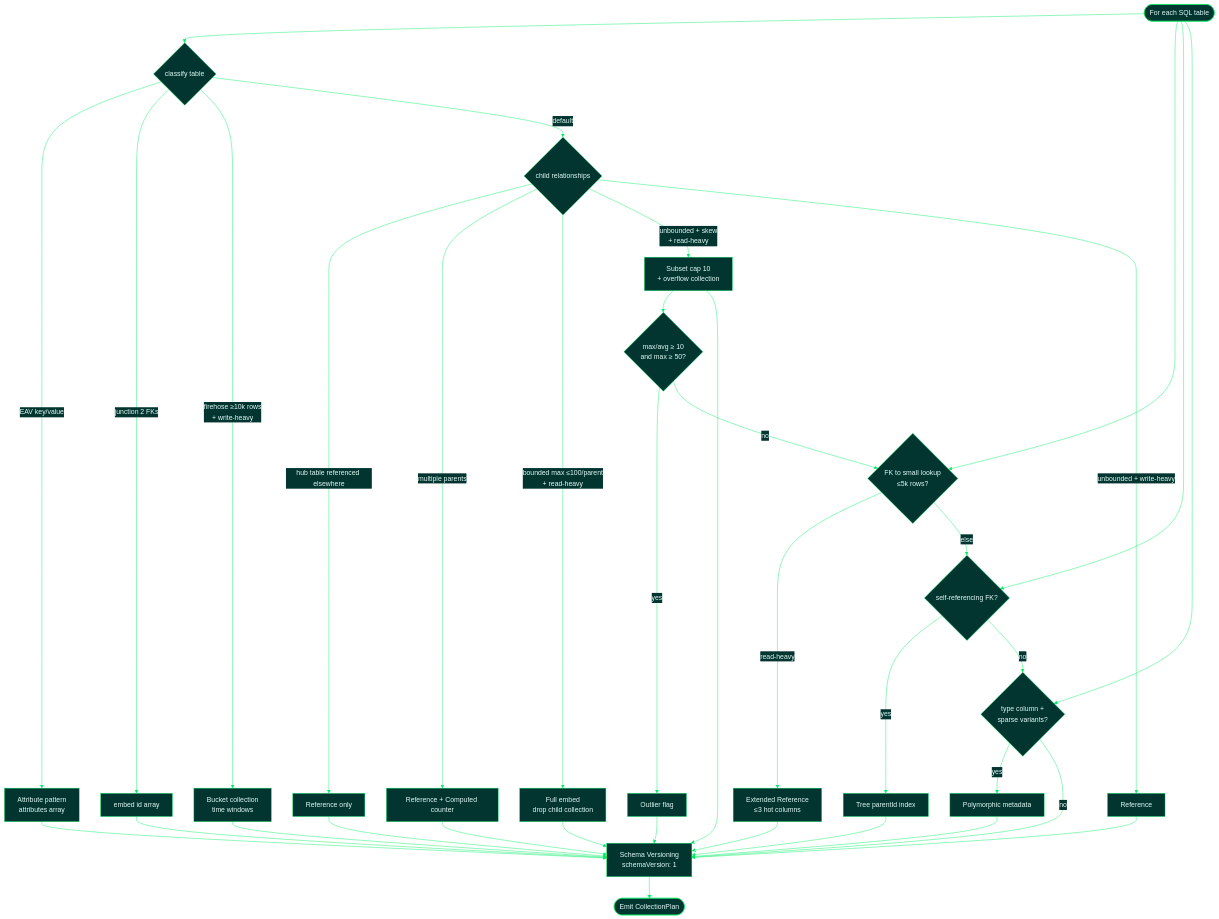
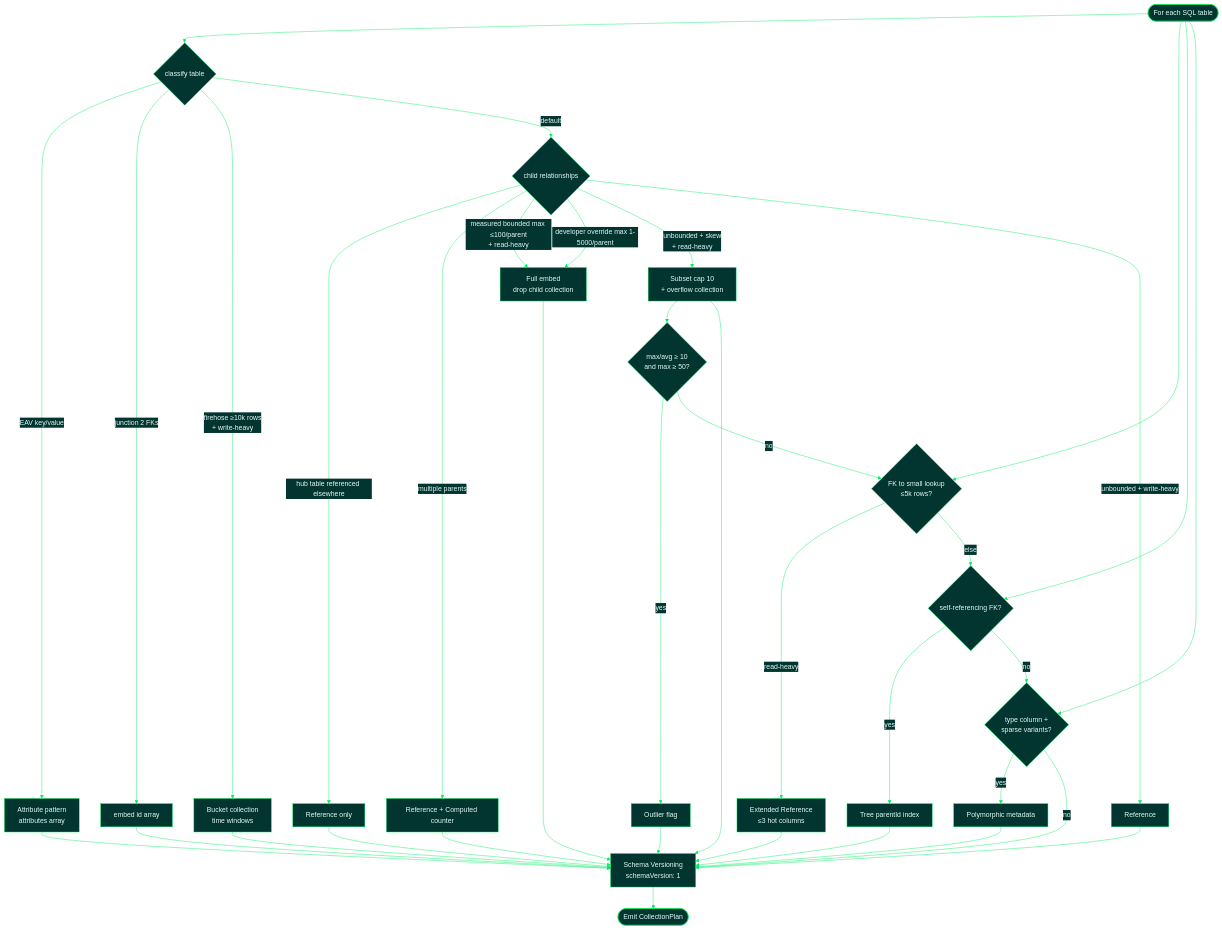
One commit to 7erry/hvyMETL changed the fourth of 14 diagrams in docs/diagrams.md. Above: the diagram before and after it, drawn with Mermaid. The commit also changed 21 other files, not shown here.

````diff
--- a/docs/diagrams.md
+++ b/docs/diagrams.md
@@ -182,34 +182,35 @@
 ```mermaid
 %%{init:{"theme":"base","themeVariables":{"darkMode":true,"background":"#001E2B","mainBkg":"#023430","secondBkg":"#00684A","tertiaryBkg":"#112733","primaryColor":"#00684A","primaryTextColor":"#E3FCF7","primaryBorderColor":"#00ED64","secondaryColor":"#023430","secondaryTextColor":"#E3FCF7","secondaryBorderColor":"#00A35C","tertiaryColor":"#112733","tertiaryTextColor":"#C0FAE6","tertiaryBorderColor":"#00ED64","lineColor":"#00ED64","textColor":"#E3FCF7","nodeTextColor":"#E3FCF7","clusterBkg":"#112733","clusterBorder":"#00ED64","titleColor":"#00ED64","edgeLabelBackground":"#023430","nodeBorder":"#00ED64","actorBkg":"#00684A","actorBorder":"#00ED64","actorTextColor":"#E3FCF7","signalColor":"#00ED64","labelBoxBkgColor":"#023430","labelBoxBorderColor":"#00ED64","labelTextColor":"#E3FCF7","loopTextColor":"#E3FCF7","noteBkgColor":"#112733","noteBorderColor":"#00ED64","noteTextColor":"#E3FCF7","activationBkgColor":"#00A35C","activationBorderColor":"#00ED64","sequenceNumberColor":"#E3FCF7","attributeBackgroundColorOdd":"#023430","attributeBackgroundColorEven":"#112733","classText":"#E3FCF7","classLabelColor":"#00ED64"}}}%%
 flowchart TD
     START([For each SQL table]) --> CLASSIFY{classify table}
 
     CLASSIFY -->|EAV key/value| ATTR[Attribute pattern<br/>attributes array]
     CLASSIFY -->|junction 2 FKs| JUNC[embed id array]
     CLASSIFY -->|firehose ≥10k rows<br/>+ write-heavy| BUCKET[Bucket collection<br/>time windows]
     CLASSIFY -->|default| CHILD{child relationships}
 
     CHILD -->|hub table referenced elsewhere| REF1[Reference only]
     CHILD -->|multiple parents| REF2[Reference + Computed counter]
-    CHILD -->|bounded max ≤100/parent<br/>+ read-heavy| EMBED[Full embed<br/>drop child collection]
+    CHILD -->|measured bounded max ≤100/parent<br/>+ read-heavy| EMBED[Full embed<br/>drop child collection]
+    CHILD -->|developer override max 1-5000/parent| EMBED
     CHILD -->|unbounded + skew<br/>+ read-heavy| SUBSET[Subset cap 10<br/>+ overflow collection]
     SUBSET --> OUTLIER{max/avg ≥ 10<br/>and max ≥ 50?}
     OUTLIER -->|yes| OUT[Outlier flag]
     OUTLIER -->|no| LOOKUP
     CHILD -->|unbounded + write-heavy| REF3[Reference]
 
     START --> LOOKUP{FK to small lookup<br/>≤5k rows?}
     LOOKUP -->|read-heavy| EXT[Extended Reference<br/>≤3 hot columns]
     LOOKUP -->|else| TREE
 
     START --> TREE{self-referencing FK?}
     TREE -->|yes| TREE_P[Tree parentId index]
     TREE -->|no| POLY
 
     START --> POLY{type column +<br/>sparse variants?}
     POLY -->|yes| POLY_P[Polymorphic metadata]
     POLY -->|no| SCHEMA
 
     ATTR & JUNC & BUCKET & REF1 & REF2 & EMBED & SUBSET & OUT & REF3 & EXT & TREE_P & POLY_P --> SCHEMA[Schema Versioning<br/>schemaVersion: 1]
     SCHEMA --> EMIT([Emit CollectionPlan])
 ```
````
